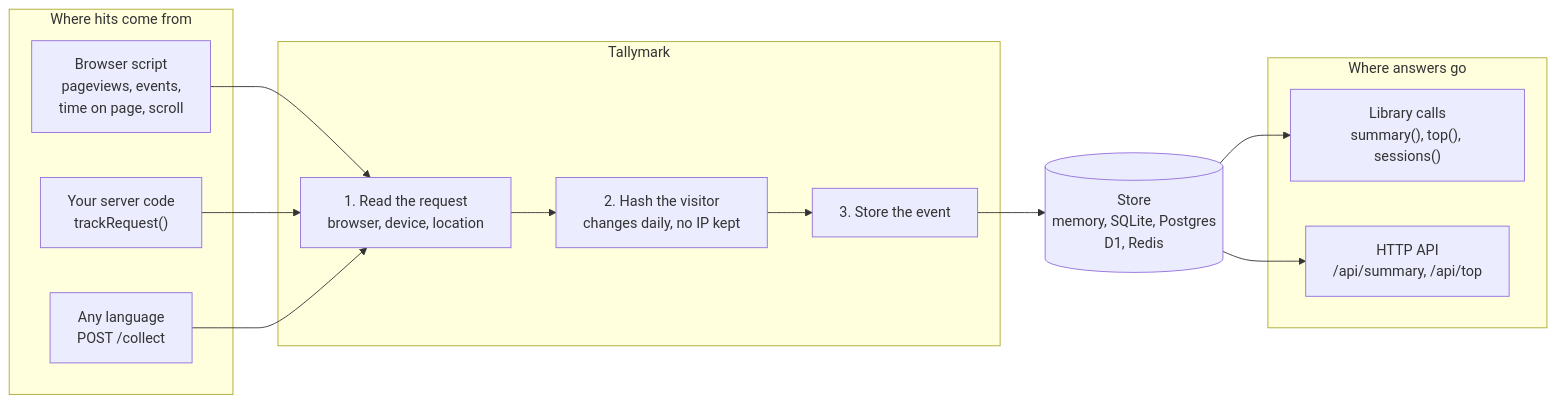
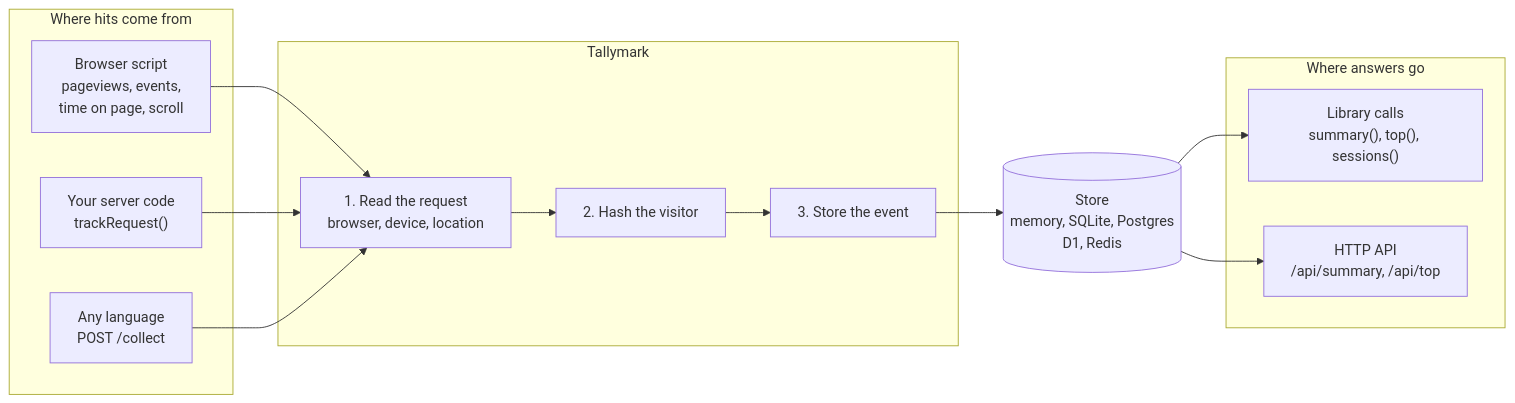
One commit to whoisjayd/tallymark changed the first of 2 diagrams in README.md. Above: the diagram before and after it, drawn with Mermaid. The commit also changed other lines of this file and 2 other files, not shown here.

````diff
--- a/README.md
+++ b/README.md
@@ -34,26 +86,26 @@
 ```mermaid
 flowchart LR
     subgraph IN["Where hits come from"]
         B["Browser script<br/>pageviews, events,<br/>time on page, scroll"]
         S["Your server code<br/>trackRequest()"]
         H["Any language<br/>POST /collect"]
     end
 
     subgraph TM["Tallymark"]
-        R["1. Read the request<br/>browser, device, location"] --> V["2. Hash the visitor<br/>changes daily, no IP kept"] --> E["3. Store the event"]
+        R["1. Read the request<br/>browser, device, location"] --> V["2. Hash the visitor"] --> E["3. Store the event"]
     end
 
     ST[("Store<br/>memory, SQLite, Postgres<br/>D1, Redis")]
 
     subgraph OUT["Where answers go"]
         L["Library calls<br/>summary(), top(), sessions()"]
         A["HTTP API<br/>/api/summary, /api/top"]
     end
 
     B --> R
     S --> R
     H --> R
     E --> ST
     ST --> L
     ST --> A
 ```
````
